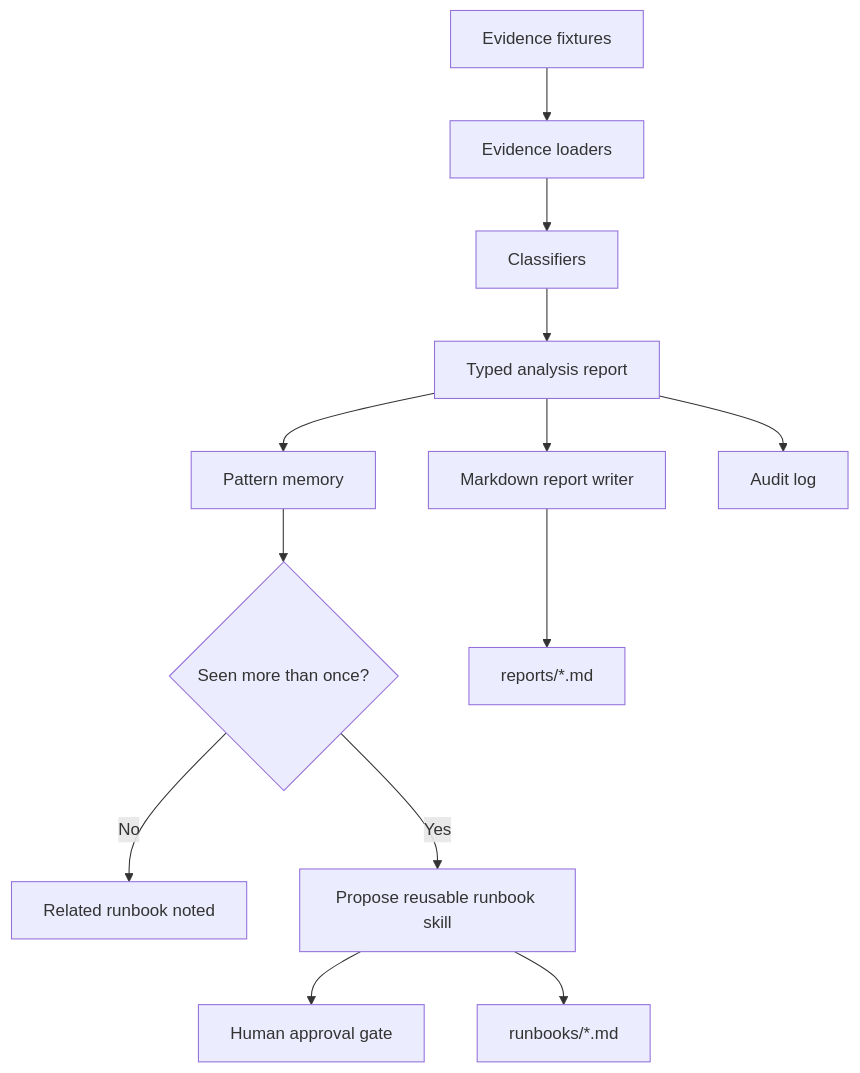
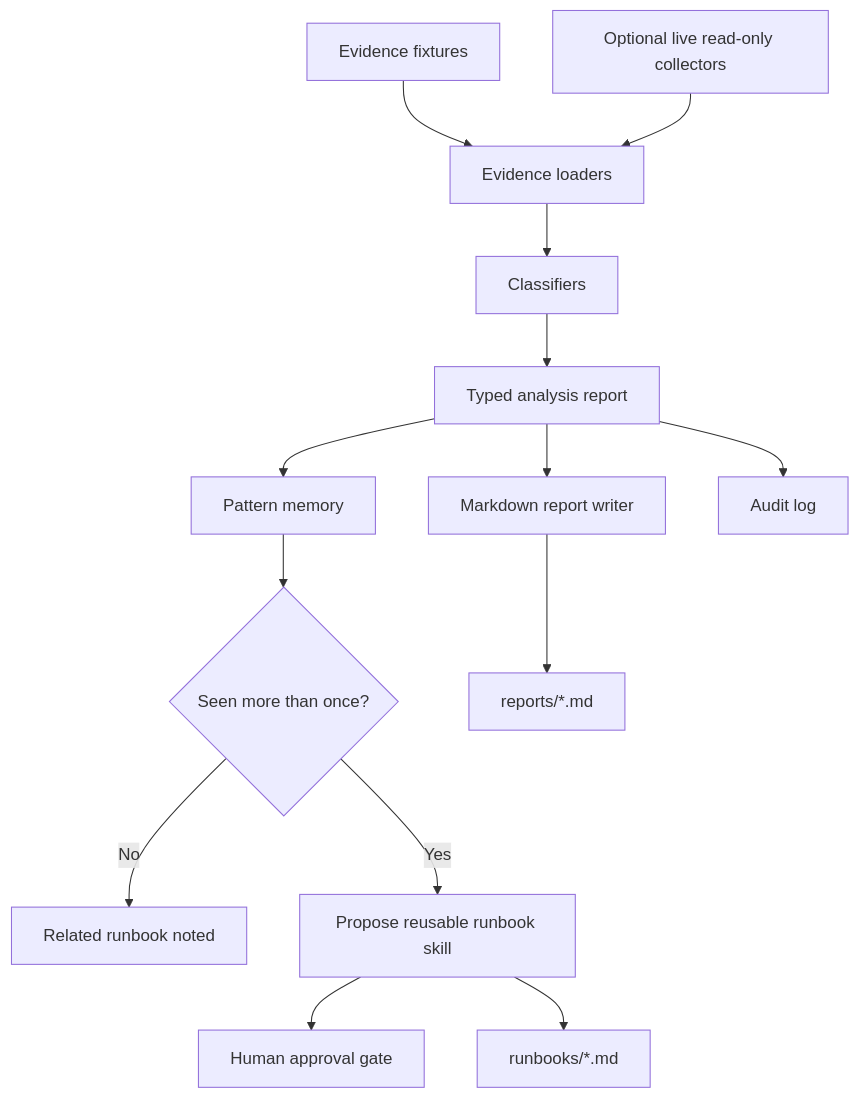
One commit to manynames3/runbook-forge changed the diagram in README.md. Above: the diagram before and after it, drawn with Mermaid. The commit also changed other lines of this file and 18 other files, not shown here.

Commit message:
Improve hosted demo and read-only collectors

````diff
--- a/README.md
+++ b/README.md
@@ -26,15 +27,16 @@
 ```mermaid
 flowchart TD
     A["Evidence fixtures"] --> B["Evidence loaders"]
+    N["Optional live read-only collectors"] --> B
     B --> C["Classifiers"]
     C --> D["Typed analysis report"]
     D --> E["Markdown report writer"]
     D --> F["Pattern memory"]
     F --> G{"Seen more than once?"}
     G -->|No| H["Related runbook noted"]
     G -->|Yes| I["Propose reusable runbook skill"]
     I --> J["Human approval gate"]
     E --> K["reports/*.md"]
     I --> L["runbooks/*.md"]
     D --> M["Audit log"]
 ```
````
